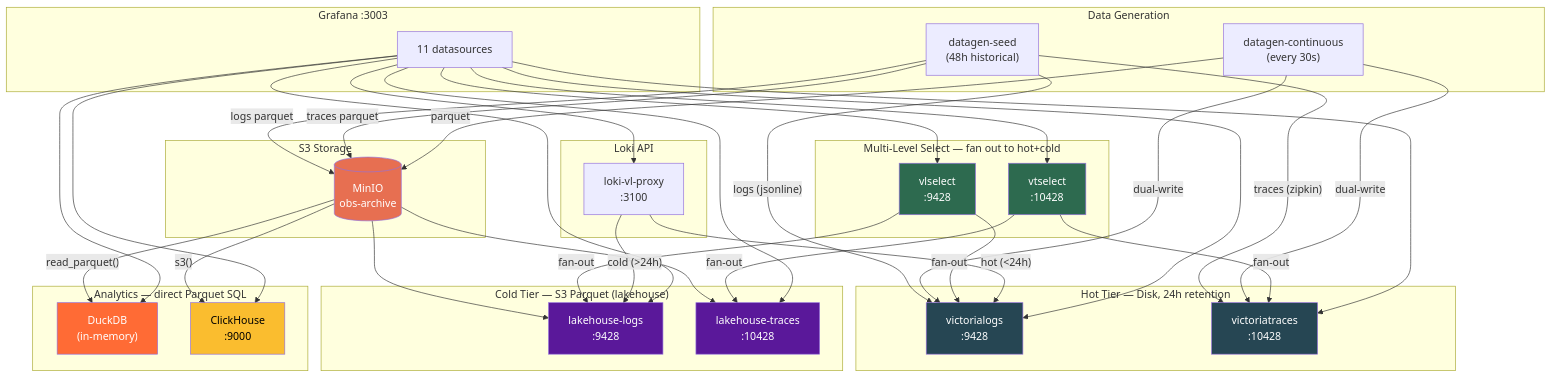
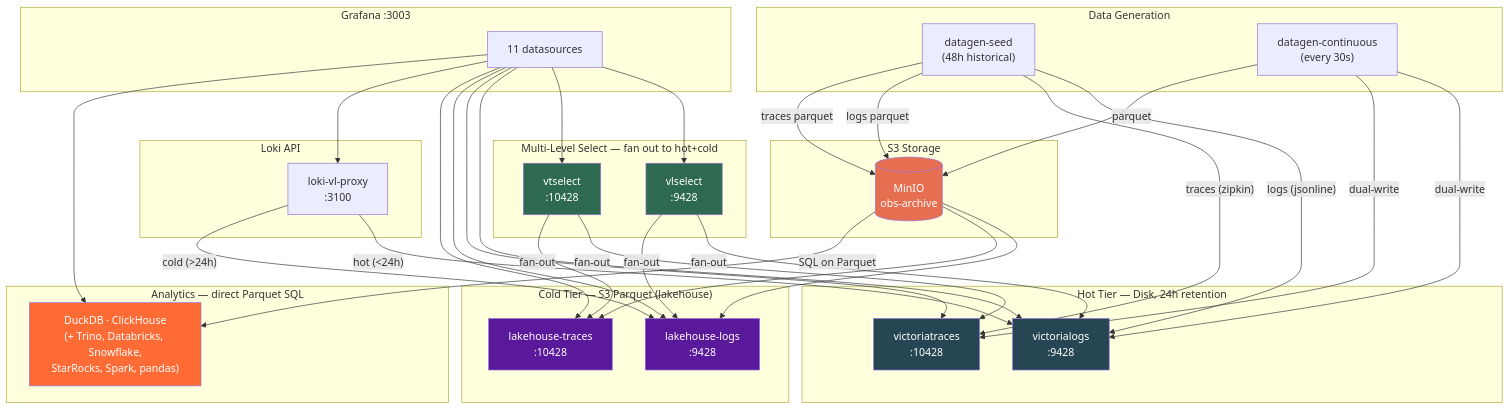
Before and after one commit to ReliablyObserve/victoria-lakehouse: the diagram in docs/docker-compose-setup.md, drawn with Mermaid. The commit also changed other lines of this file and 29 other files, not shown here.

````diff
--- a/docs/docker-compose-setup.md
+++ b/docs/docker-compose-setup.md
@@ -12,80 +12,76 @@
 ```mermaid
 graph TB
     subgraph "Data Generation"
         DS["datagen-seed<br/>(48h historical)"]
         DC["datagen-continuous<br/>(every 30s)"]
     end
 
     subgraph "S3 Storage"
         MINIO[("MinIO<br/>obs-archive")]
     end
 
     subgraph "Hot Tier — Disk, 24h retention"
         VL["victorialogs<br/>:9428"]
         VT["victoriatraces<br/>:10428"]
     end
 
     subgraph "Cold Tier — S3 Parquet (lakehouse)"
         LHL["lakehouse-logs<br/>:9428"]
         LHT["lakehouse-traces<br/>:10428"]
     end
 
     subgraph "Multi-Level Select — fan out to hot+cold"
         VLS["vlselect<br/>:9428"]
         VTS["vtselect<br/>:10428"]
     end
 
     subgraph "Loki API"
         LVP["loki-vl-proxy<br/>:3100"]
     end
 
     subgraph "Analytics — direct Parquet SQL"
-        DDB["DuckDB<br/>(in-memory)"]
-        CH["ClickHouse<br/>:9000"]
+        DDB["DuckDB · ClickHouse<br/>(+ Trino, Databricks, Snowflake,<br/>StarRocks, Spark, pandas)"]
     end
 
     subgraph "Grafana :3003"
         G["11 datasources"]
     end
 
     DS -->|"logs (jsonline)"| VL
     DS -->|"traces (zipkin)"| VT
     DS -->|"logs parquet"| MINIO
     DS -->|"traces parquet"| MINIO
     DC -->|"dual-write"| VL
     DC -->|"dual-write"| VT
     DC -->|"parquet"| MINIO
 
     MINIO --> LHL
     MINIO --> LHT
-    MINIO -->|"s3()"| CH
-    MINIO -->|"read_parquet()"| DDB
+    MINIO -->|"SQL on Parquet"| DDB
 
     VLS -->|"fan-out"| VL
     VLS -->|"fan-out"| LHL
     VTS -->|"fan-out"| VT
     VTS -->|"fan-out"| LHT
 
     LVP -->|"hot (<24h)"| VL
     LVP -->|"cold (>24h)"| LHL
 
     G --> VLS
     G --> VTS
     G --> VL
     G --> VT
     G --> LHL
     G --> LHT
     G --> LVP
     G --> DDB
-    G --> CH
 
     style VL fill:#264653,color:#fff
     style VT fill:#264653,color:#fff
     style LHL fill:#5a189a,color:#fff
     style LHT fill:#5a189a,color:#fff
     style VLS fill:#2d6a4f,color:#fff
     style VTS fill:#2d6a4f,color:#fff
     style MINIO fill:#e76f51,color:#fff
     style DDB fill:#ff6b35,color:#fff
-    style CH fill:#fabd2f,color:#000
 ```
````
